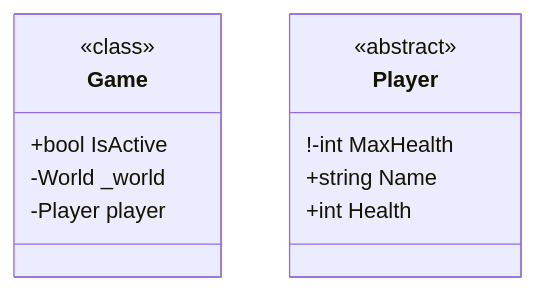
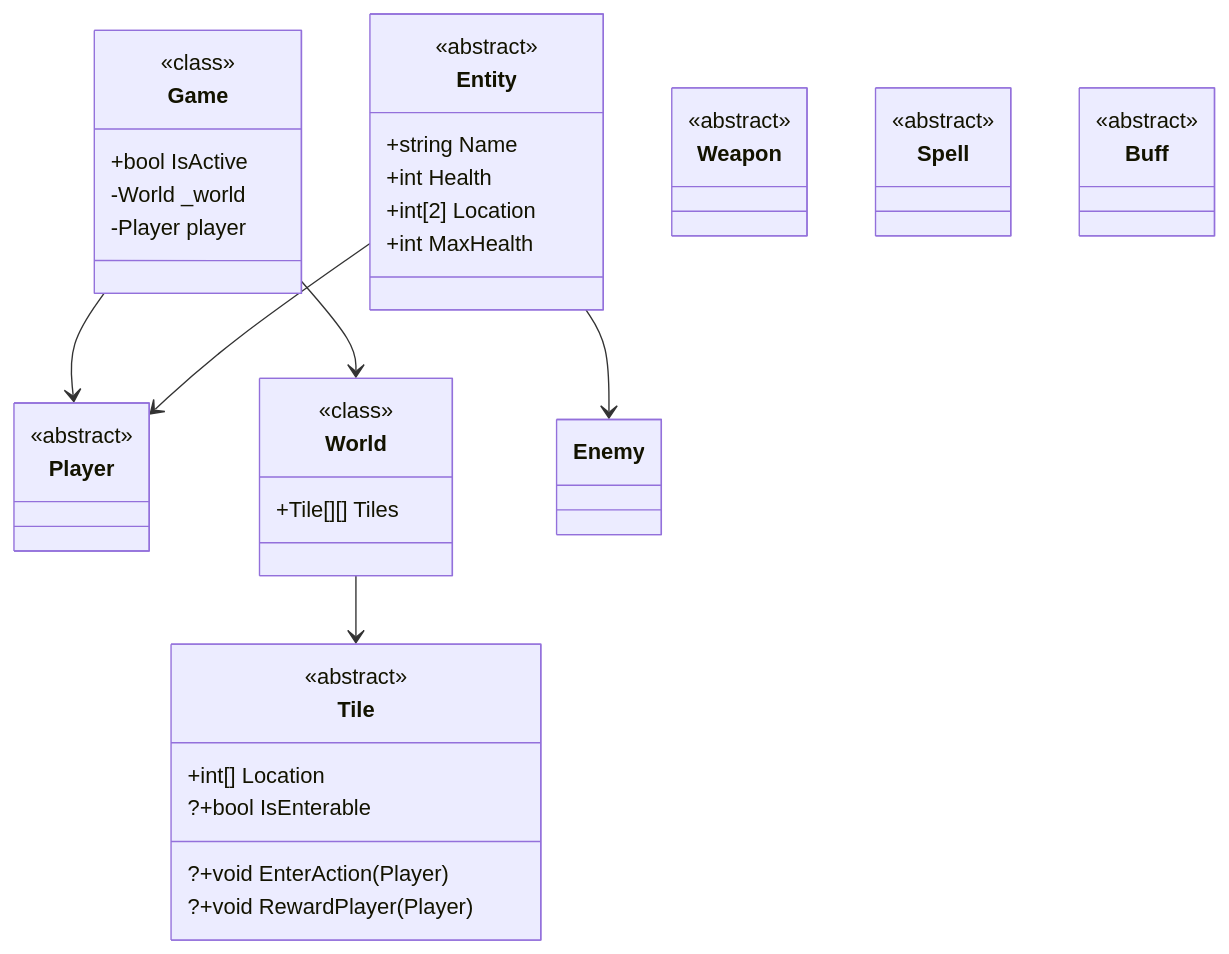
One commit to A-A-Tel/CsLab changed the diagram in TheQuest/Diagram.mmd. Above: the diagram before and after it, drawn with Mermaid. The commit also changed 4 other files, not shown here.

Commit message:
edited class diagram.

```diff
--- a/TheQuest/Diagram.mmd
+++ b/TheQuest/Diagram.mmd
@@ -1,14 +1,57 @@
 classDiagram
+
+    Game --> Player
+    Game --> World
+
+    World --> Tile
+
+    Entity --> Enemy
+    Entity --> Player
+    
+    
     class Game {
         <<class>>
+        
         +bool IsActive
         -World _world
         -Player player
     }
     class Player {
         <<abstract>>
-        !-int MaxHealth
+        
+    }
+    class World {
+        <<class>>
+        +Tile[][] Tiles
+    }
+    class Tile {
+        <<abstract>>
+        
+        +int[] Location
+        ?+bool IsEnterable
+        
+        ?+void EnterAction(Player)
+        ?+void RewardPlayer(Player)
+    }
+    class Weapon {
+        <<abstract>>
+        
+    }
+    class Spell {
+        <<abstract>>
+        
+    }
+    class Buff {
+        <<abstract>>
+        
+    }
+    class Entity {
+        <<abstract>>
+        
         +string Name
         +int Health
+        +int[2] Location
         
+        
+        +int MaxHealth
     }
```
